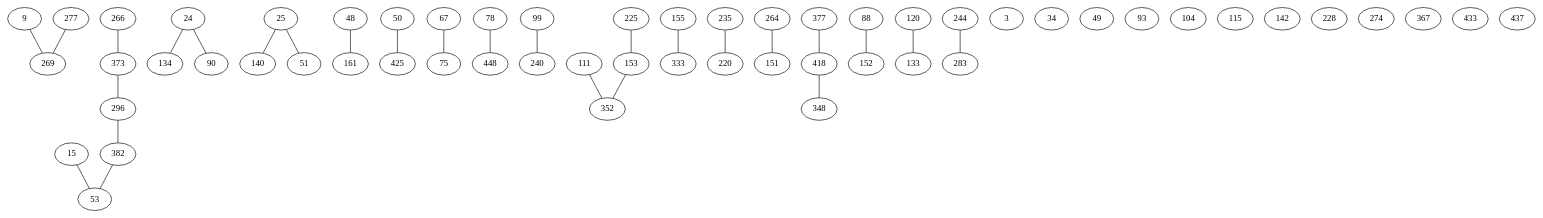
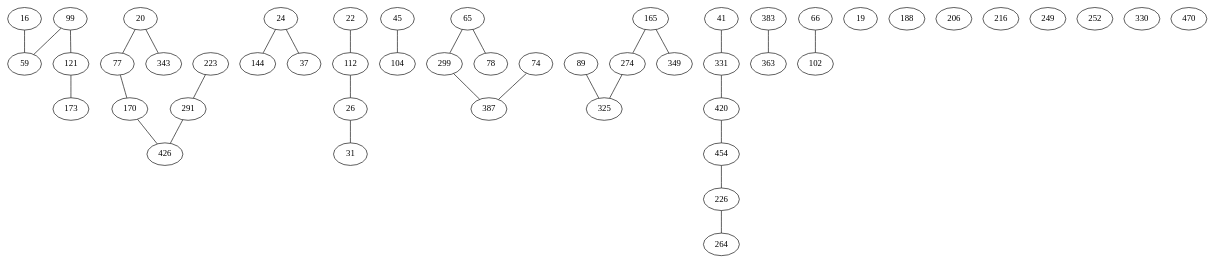
One commit to AuCson/Genome-Assembly-Implementation changed the diagram in external/dbg2olc/StrongRawBestOverlapGraph.dot. Above: the diagram before and after it, drawn with Graphviz. The commit also changed 105 other files, not shown here.

```diff
--- a/external/dbg2olc/StrongRawBestOverlapGraph.dot
+++ b/external/dbg2olc/StrongRawBestOverlapGraph.dot
@@ -1,112 +1,113 @@
 strict graph G {
-9 -- 269;
-15 -- 53;
-24 -- 134;
-25 -- 140;
-48 -- 161;
-50 -- 425;
-53 -- 15;
-67 -- 75;
-75 -- 67;
-78 -- 448;
-99 -- 240;
-111 -- 352;
-134 -- 24;
-153 -- 352;
-155 -- 333;
-225 -- 153;
-235 -- 220;
-240 -- 99;
-264 -- 151;
-269 -- 9;
-277 -- 269;
-296 -- 382;
-333 -- 155;
-352 -- 153;
-373 -- 296;
-382 -- 53;
-418 -- 348;
-24 -- 90;
-25 -- 51;
-51 -- 25;
-53 -- 382;
-88 -- 152;
-90 -- 24;
-120 -- 133;
-133 -- 120;
-140 -- 25;
-151 -- 264;
-152 -- 88;
-153 -- 225;
-161 -- 48;
-220 -- 235;
-244 -- 283;
-266 -- 373;
-269 -- 277;
-283 -- 244;
-296 -- 373;
-348 -- 418;
-352 -- 111;
-373 -- 266;
-377 -- 418;
-382 -- 296;
-418 -- 377;
-425 -- 50;
-448 -- 78;
-3
-9
-15
+16 -- 59;
+20 -- 77;
+24 -- 144;
+26 -- 31;
+45 -- 104;
+59 -- 16;
+65 -- 299;
+77 -- 170;
+89 -- 325;
+99 -- 59;
+104 -- 45;
+112 -- 26;
+121 -- 173;
+165 -- 274;
+170 -- 426;
+223 -- 291;
+226 -- 264;
+264 -- 226;
+274 -- 325;
+291 -- 223;
+299 -- 387;
+325 -- 274;
+331 -- 420;
+383 -- 363;
+387 -- 299;
+420 -- 454;
+426 -- 170;
+454 -- 226;
+20 -- 343;
+22 -- 112;
+24 -- 37;
+26 -- 112;
+31 -- 26;
+37 -- 24;
+41 -- 331;
+59 -- 99;
+65 -- 78;
+66 -- 102;
+74 -- 387;
+77 -- 20;
+78 -- 65;
+99 -- 121;
+102 -- 66;
+112 -- 22;
+121 -- 99;
+144 -- 24;
+165 -- 349;
+170 -- 77;
+173 -- 121;
+226 -- 454;
+274 -- 165;
+291 -- 426;
+299 -- 65;
+325 -- 89;
+331 -- 41;
+343 -- 20;
+349 -- 165;
+363 -- 383;
+387 -- 74;
+420 -- 331;
+426 -- 291;
+454 -- 420;
+16
+19
+20
+22
 24
-25
-34
-48
-49
-50
-51
-53
-67
-75
+26
+31
+37
+41
+45
+59
+65
+66
+74
+77
 78
-88
-90
-93
+89
 99
+102
 104
-111
-115
-120
-133
-134
-140
-142
-151
-152
-153
-155
-161
-220
-225
-228
-235
-240
-244
+112
+121
+144
+165
+170
+173
+188
+206
+216
+223
+226
+249
+252
 264
-266
-269
 274
-277
-283
-296
-333
-348
-352
-367
-373
-377
-382
-418
-425
-433
-437
-448
+291
+299
+325
+330
+331
+343
+349
+363
+383
+387
+420
+426
+454
+470
 }
```
